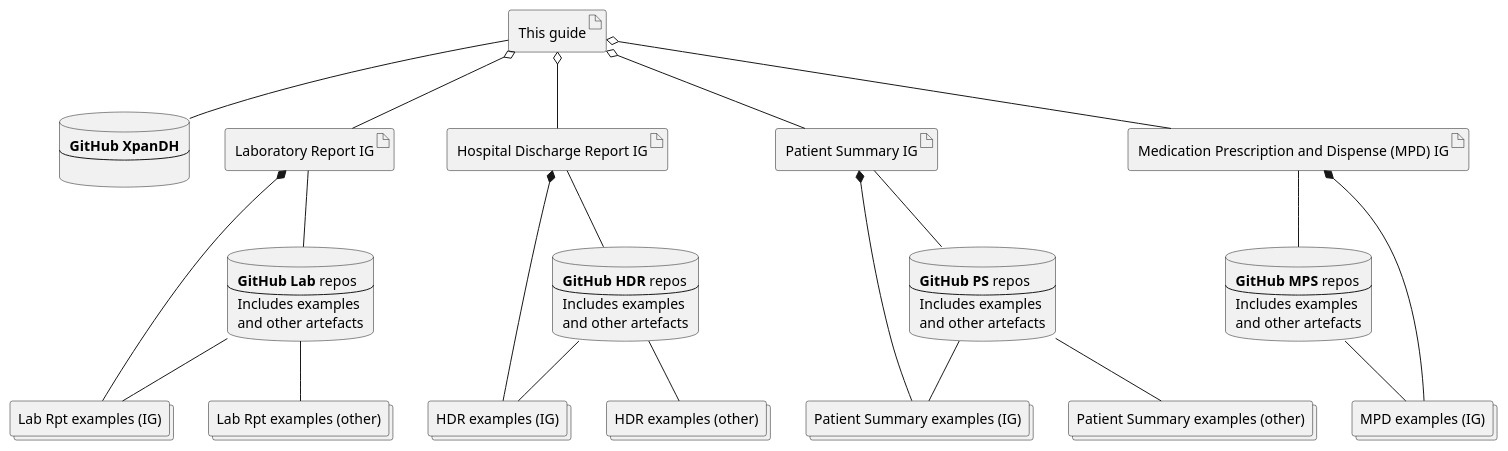
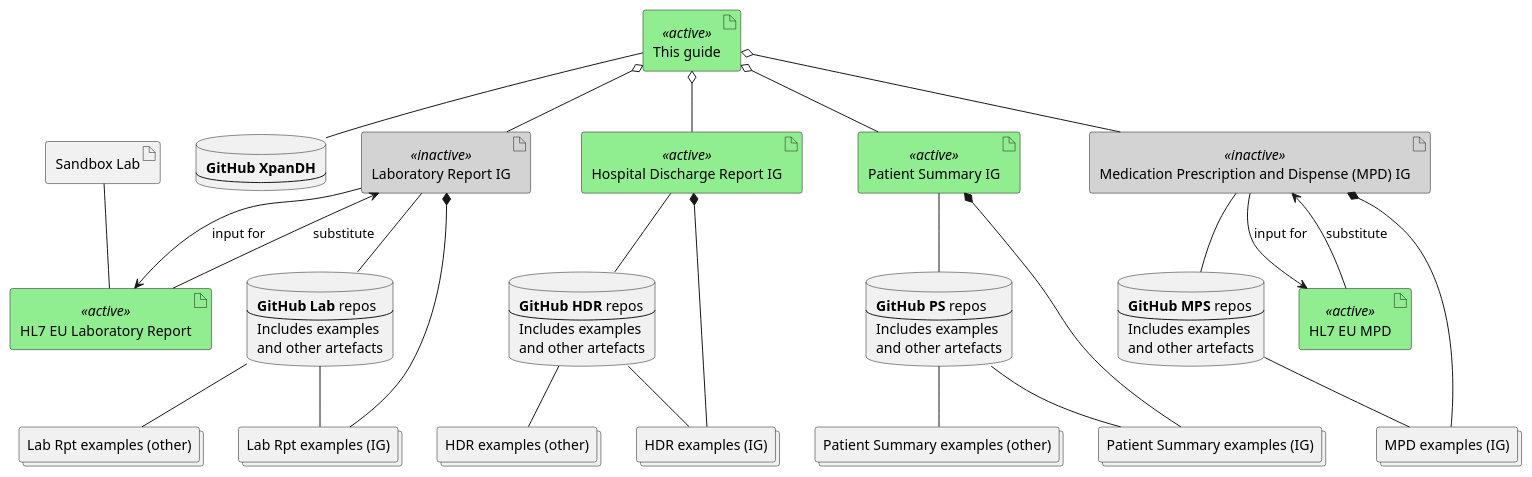
The diagram in input/images-source/ig-structure.plantuml (carmoao/XpanDH), drawn with PlantUML before and after one commit.

Commit message:
plantuml diagram updated

```diff
--- a/input/images-source/ig-structure.plantuml
+++ b/input/images-source/ig-structure.plantuml
@@ -1,115 +1,123 @@
 @startuml
-
+skinparam artifact {
+    BackgroundColor<<active>> LightGreen
+    BackgroundColor<<inactive>> LightGray
+}
 
 database GitHubLab [
 <b>GitHub Lab</b> repos
 ----
 Includes examples
 and other artefacts
 ]
 
 database GitHubHDR [
 <b>GitHub HDR</b> repos
 ----
 Includes examples
 and other artefacts
 ]
 
 database GitHubPs [
 <b>GitHub PS</b> repos
 ----
 Includes examples
 and other artefacts
 ]
 
-
 database GitHubMpd [
 <b>GitHub MPS</b> repos
 ----
 Includes examples
 and other artefacts
 ]
 
 database GitHubXph [
 <b>GitHub XpanDH</b>
 ----
-
 ]
 
 collections PatientSummaryIg [
 Patient Summary examples (IG)
 ]
 
 collections PatientSummary [
 Patient Summary examples (other)
 ]
 
 collections LabReportIg [
 Lab Rpt examples (IG)
 ]
 
 collections LabReport [
 Lab Rpt examples (other)
 ]
 
 collections HDRIg [
 HDR examples (IG)
 ]
 
 collections MPDIg [
 MPD examples (IG)
 ]
 
 collections HDR [
 HDR examples (other)
 ]
 
-
-artifact "This guide"
-artifact "Laboratory Report IG"
-artifact "Hospital Discharge Report IG"
-artifact "Patient Summary IG"
-artifact "Medication Prescription and Dispense (MPD) IG" as mpd
-
+artifact "This guide" <<active>>
+artifact "Laboratory Report IG" <<inactive>>
+artifact "Hospital Discharge Report IG" <<active>>
+artifact "Patient Summary IG" <<active>>
+artifact "Medication Prescription and Dispense (MPD) IG" as mpd <<inactive>>
+artifact "HL7 EU Laboratory Report" as hl7LabReport <<active>>
+artifact "HL7 EU MPD" as hl7Mpd <<active>>
 
 "This guide" -- GitHubXph 
 "This guide" o-- "Laboratory Report IG"
 "This guide" o-- "Hospital Discharge Report IG"
 "This guide" o-- "Patient Summary IG"
 "This guide" o-- mpd
-
 
 "Patient Summary IG" -- GitHubPs 
 "Patient Summary IG" *-- PatientSummaryIg 
 GitHubPs -- PatientSummary 
 GitHubPs -- PatientSummaryIg
 
 "Laboratory Report IG" -- GitHubLab 
 "Laboratory Report IG" *-- LabReportIg 
 GitHubLab -- LabReport 
 GitHubLab -- LabReportIg
 
 "Hospital Discharge Report IG" -- GitHubHDR
 "Hospital Discharge Report IG" *-- HDRIg
 GitHubHDR -- HDR
 GitHubHDR -- HDRIg
 
 mpd -- GitHubMpd
 mpd *-- MPDIg 
 GitHubMpd -- MPDIg
 
-url of "Patient Summary IG" is  [[https://build.fhir.org/ig/hl7-eu/xpandh-ps]]
-url of "Laboratory Report IG" is  [[https://build.fhir.org/ig/hl7-eu/xpandh-lab]]
-url of "Hospital Discharge Report IG" is  [[https://build.fhir.org/ig/hl7-eu/xpandh-hdr]]
-url of mpd is  [[https://build.fhir.org/ig/hl7-eu/xpandh-mpd]]
+hl7LabReport --> "Laboratory Report IG" : substitute
+hl7Mpd --> mpd : substitute
 
+"Laboratory Report IG" --> hl7LabReport : input for
+mpd --> hl7Mpd : input for
 
+artifact "Sandbox Lab" as sandboxLab
+sandboxLab -- hl7LabReport
+url of sandboxLab is [[https://sandbox.hl7europe.eu/]]
 
-url of GitHubHDR is  [[https://github.com/hl7-eu/xpandh-hdr]]
-url of GitHubLab is  [[https://github.com/hl7-eu/xpandh-lab]]
-url of GitHubPs is  [[https://github.com/hl7-eu/xpandh-ps]]
-url of GitHubMpd is  [[https://github.com/hl7-eu/xpandh-mpd]]
-url of GitHubXph is  [[https://github.com/hl7-eu/xpandh]]
+url of hl7LabReport is [[https://hl7.eu/fhir/laboratory/]]
+url of hl7Mpd is [[https://build.fhir.org/ig/hl7-eu/mpd/]]
+url of "Patient Summary IG" is [[https://build.fhir.org/ig/hl7-eu/xpandh-ps]]
+url of "Laboratory Report IG" is [[https://build.fhir.org/ig/hl7-eu/xpandh-lab]]
+url of "Hospital Discharge Report IG" is [[https://build.fhir.org/ig/hl7-eu/xpandh-hdr]]
+url of mpd is [[https://build.fhir.org/ig/hl7-eu/xpandh-mpd]]
 
-
+url of GitHubHDR is [[https://github.com/hl7-eu/xpandh-hdr]]
+url of GitHubLab is [[https://github.com/hl7-eu/xpandh-lab]]
+url of GitHubPs is [[https://github.com/hl7-eu/xpandh-ps]]
+url of GitHubMpd is [[https://github.com/hl7-eu/xpandh-mpd]]
+url of GitHubXph is [[https://github.com/hl7-eu/xpandh]]
 @enduml
```
